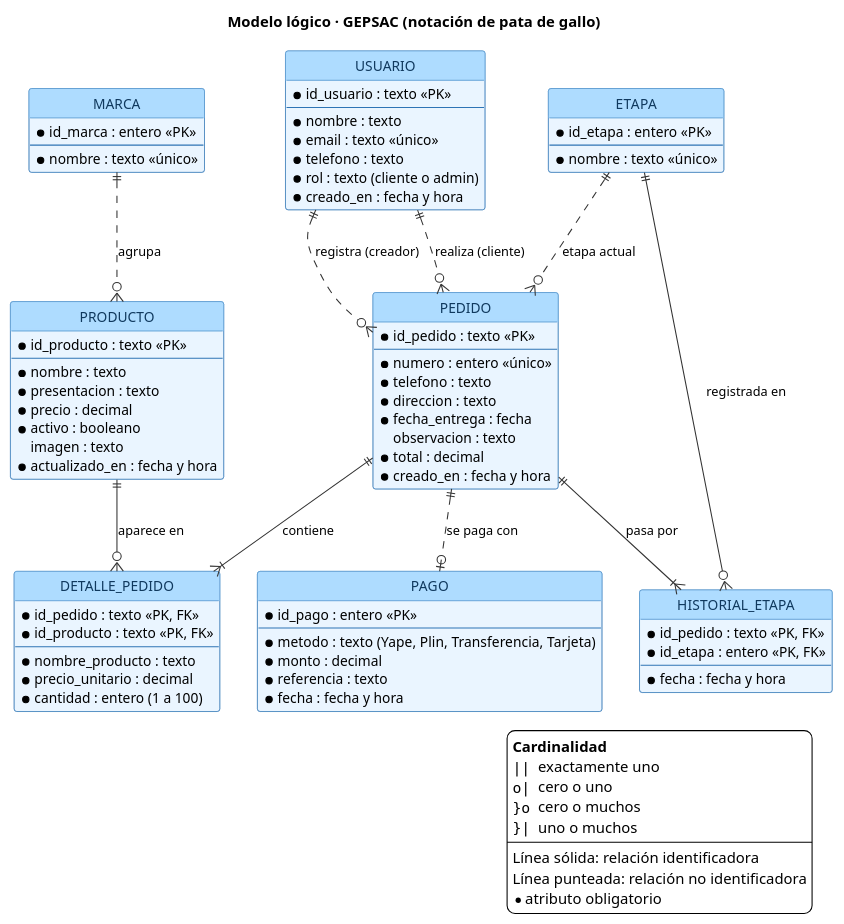
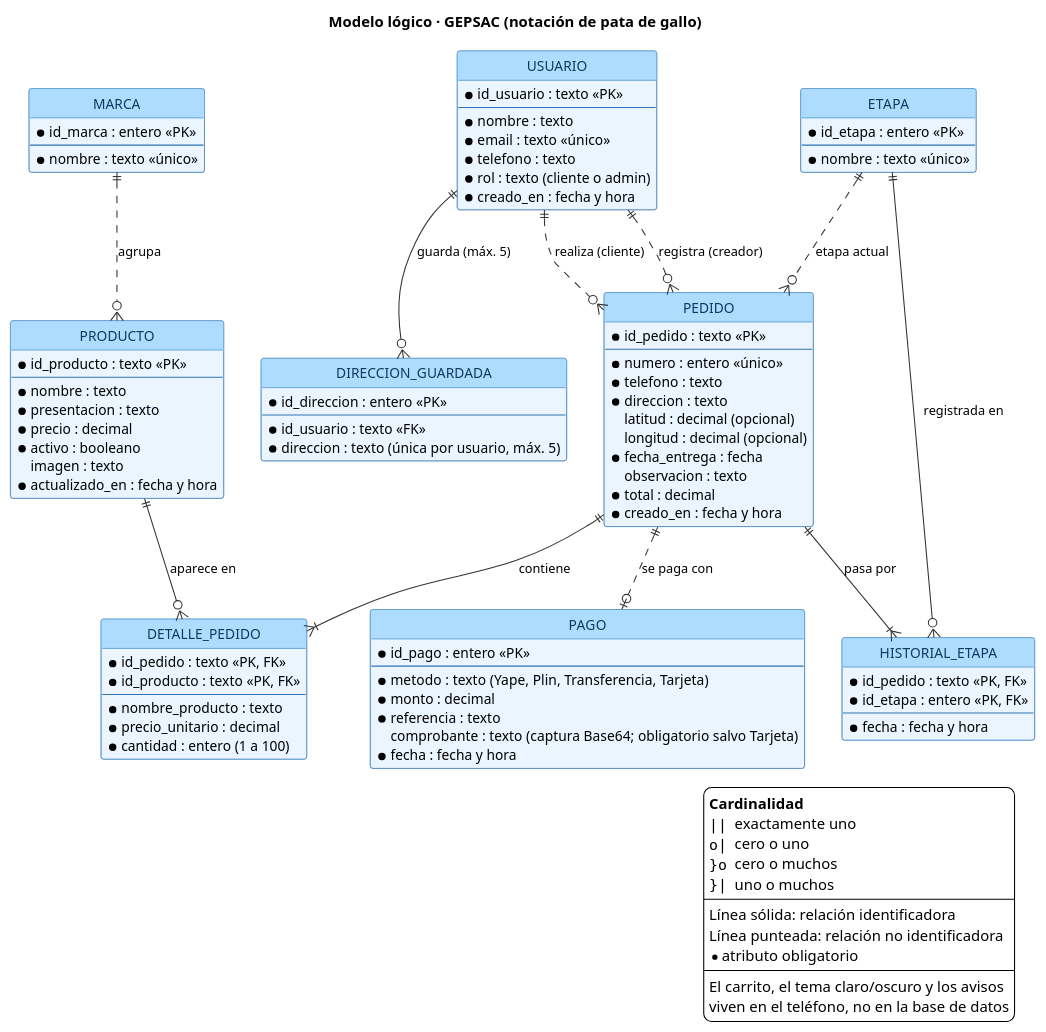
Before and after one commit to jorgesoto-13/APP-GEPSAC: the diagram in docs/diagrams/modelo-logico-gepsac.puml, drawn with PlantUML. The commit also changed 11 other files, not shown here.

Commit message:
Actualiza los modelos conceptual, lógico y físico con las direcciones guardadas, la ubicación en el mapa y el comprobante de pago

```diff
--- a/docs/diagrams/modelo-logico-gepsac.puml
+++ b/docs/diagrams/modelo-logico-gepsac.puml
@@ -1,118 +1,132 @@
 @startuml
 title Modelo lógico · GEPSAC (notación de pata de gallo)
 
 skinparam backgroundColor white
 skinparam shadowing false
 skinparam defaultFontName "Segoe UI"
 skinparam defaultFontSize 13
 skinparam ArrowColor #333333
 skinparam ArrowFontSize 12
 skinparam class {
   BackgroundColor #EAF5FF
   BorderColor #2E74B5
   FontColor #10395E
   HeaderBackgroundColor #AEDCFF
 }
 skinparam entity {
   BackgroundColor #EAF5FF
   BorderColor #2E74B5
   FontColor #10395E
 }
 hide circle
 top to bottom direction
 
 entity "USUARIO" as usuario {
   * id_usuario : texto <<PK>>
   --
   * nombre : texto
   * email : texto <<único>>
   * telefono : texto
   * rol : texto (cliente o admin)
   * creado_en : fecha y hora
 }
 
+entity "DIRECCION_GUARDADA" as direccion {
+  * id_direccion : entero <<PK>>
+  --
+  * id_usuario : texto <<FK>>
+  * direccion : texto (única por usuario, máx. 5)
+}
+
 entity "MARCA" as marca {
   * id_marca : entero <<PK>>
   --
   * nombre : texto <<único>>
 }
 
 entity "PRODUCTO" as producto {
   * id_producto : texto <<PK>>
   --
   * nombre : texto
   * presentacion : texto
   * precio : decimal
   * activo : booleano
   imagen : texto
   * actualizado_en : fecha y hora
 }
 
 entity "ETAPA" as etapa {
   * id_etapa : entero <<PK>>
   --
   * nombre : texto <<único>>
 }
 
 entity "PEDIDO" as pedido {
   * id_pedido : texto <<PK>>
   --
   * numero : entero <<único>>
   * telefono : texto
   * direccion : texto
+  latitud : decimal (opcional)
+  longitud : decimal (opcional)
   * fecha_entrega : fecha
   observacion : texto
   * total : decimal
   * creado_en : fecha y hora
 }
 
 entity "DETALLE_PEDIDO" as detalle {
   * id_pedido : texto <<PK, FK>>
   * id_producto : texto <<PK, FK>>
   --
   * nombre_producto : texto
   * precio_unitario : decimal
   * cantidad : entero (1 a 100)
 }
 
 entity "HISTORIAL_ETAPA" as historial {
   * id_pedido : texto <<PK, FK>>
   * id_etapa : entero <<PK, FK>>
   --
   * fecha : fecha y hora
 }
 
 entity "PAGO" as pago {
   * id_pago : entero <<PK>>
   --
   * metodo : texto (Yape, Plin, Transferencia, Tarjeta)
   * monto : decimal
   * referencia : texto
+  comprobante : texto (captura Base64; obligatorio salvo Tarjeta)
   * fecha : fecha y hora
 }
 
 ' --- Relaciones no identificadoras (línea punteada) ---
+usuario ||--o{ direccion : "guarda (máx. 5)"
 usuario ||..o{ pedido : "realiza (cliente)"
 usuario ||..o{ pedido : "registra (creador)"
 etapa ||..o{ pedido : "etapa actual"
 marca ||..o{ producto : "agrupa"
 pedido ||..o| pago : "se paga con"
 
 ' --- Relaciones identificadoras (línea sólida) ---
 pedido ||--|{ detalle : "contiene"
 producto ||--o{ detalle : "aparece en"
 pedido ||--|{ historial : "pasa por"
 etapa ||--o{ historial : "registrada en"
 
 legend right
   <b>Cardinalidad</b>
   ""||""  exactamente uno
   ""o|""  cero o uno
   ""}o""  cero o muchos
   ""}|""  uno o muchos
   ----
   Línea sólida: relación identificadora
   Línea punteada: relación no identificadora
   *  atributo obligatorio
+  ----
+  El carrito, el tema claro/oscuro y los avisos
+  viven en el teléfono, no en la base de datos
 endlegend
 @enduml
```
